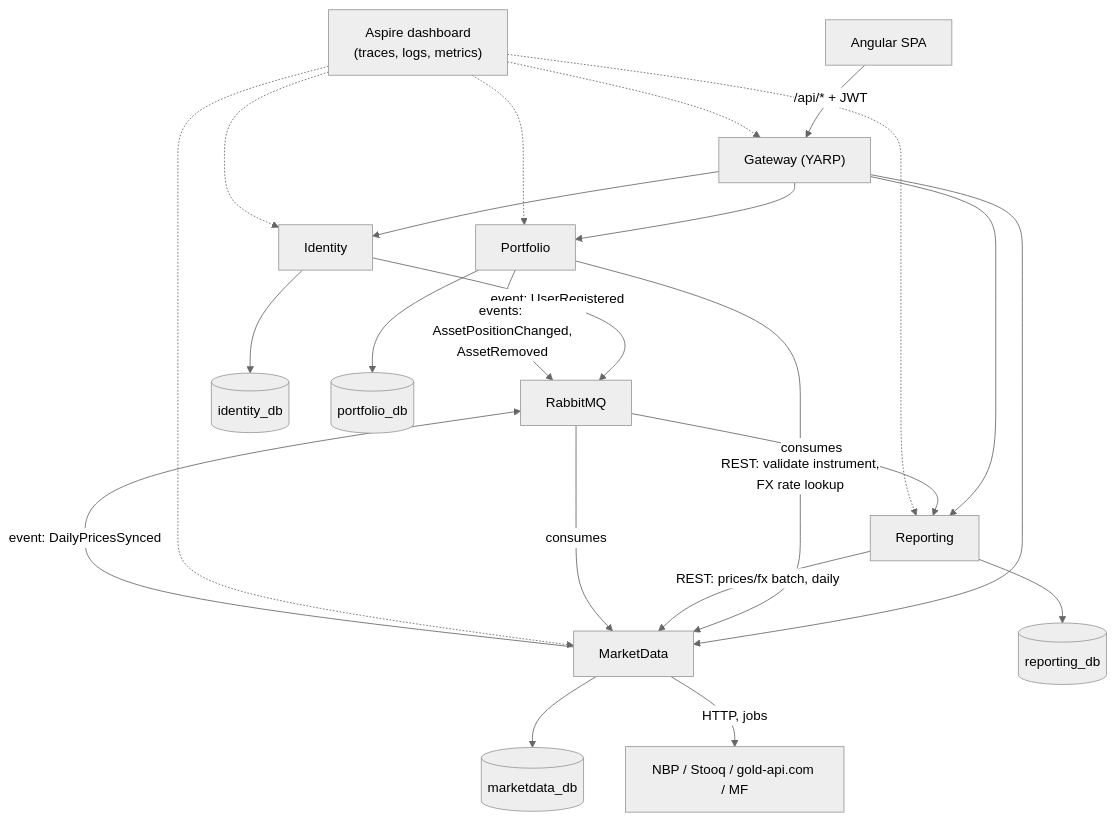
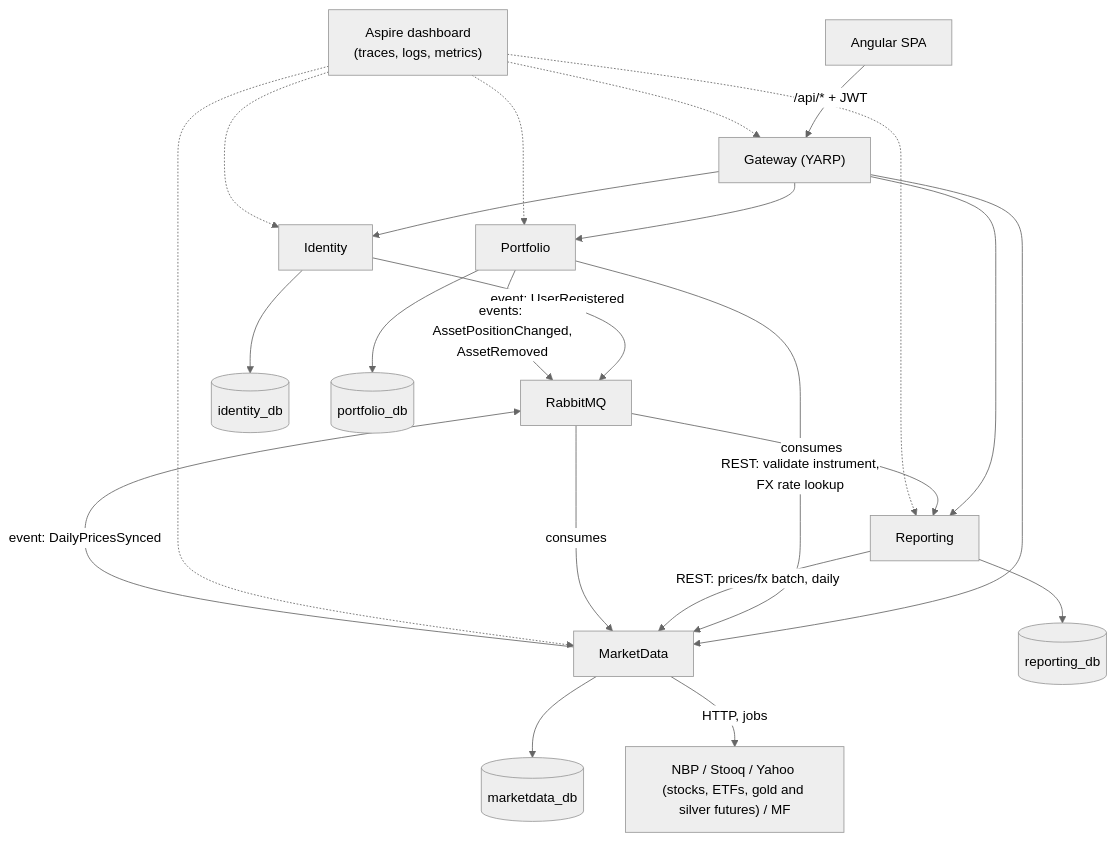
Before and after one commit to Maliniak93/FinMel: the second of 7 diagrams in skarbiec-plan/architecture.md, drawn with Mermaid (neutral theme). The commit also changed other lines of this file and 60 other files, not shown here.

````diff
--- a/skarbiec-plan/architecture.md
+++ b/skarbiec-plan/architecture.md
@@ -83,27 +81,27 @@
 ```mermaid
 flowchart TB
     SPA["Angular SPA"] -->|"/api/* + JWT"| GW["Gateway (YARP)"]
     GW --> ID["Identity"]
     GW --> PF["Portfolio"]
     GW --> MD["MarketData"]
     GW --> RP["Reporting"]
 
     PF -->|"REST: validate instrument,<br/>FX rate lookup"| MD
     RP -->|"REST: prices/fx batch, daily"| MD
 
     ID -->|"event: UserRegistered"| MQ["RabbitMQ"]
     PF -->|"events: AssetPositionChanged,<br/>AssetRemoved"| MQ
     MD -->|"event: DailyPricesSynced"| MQ
     MQ -->|consumes| MD
     MQ -->|consumes| RP
 
     ID --> IDB[("identity_db")]
     PF --> PDB[("portfolio_db")]
     MD --> MDB[("marketdata_db")]
     RP --> RDB[("reporting_db")]
 
-    MD -->|"HTTP, jobs"| EXT["NBP / Stooq / gold-api.com / MF"]
+    MD -->|"HTTP, jobs"| EXT["NBP / Stooq / Yahoo (stocks, ETFs, gold and silver futures) / MF"]
 
     ASPIRE["Aspire dashboard<br/>(traces, logs, metrics)"]
     ASPIRE -.-> GW & ID & PF & MD & RP
 ```
````
